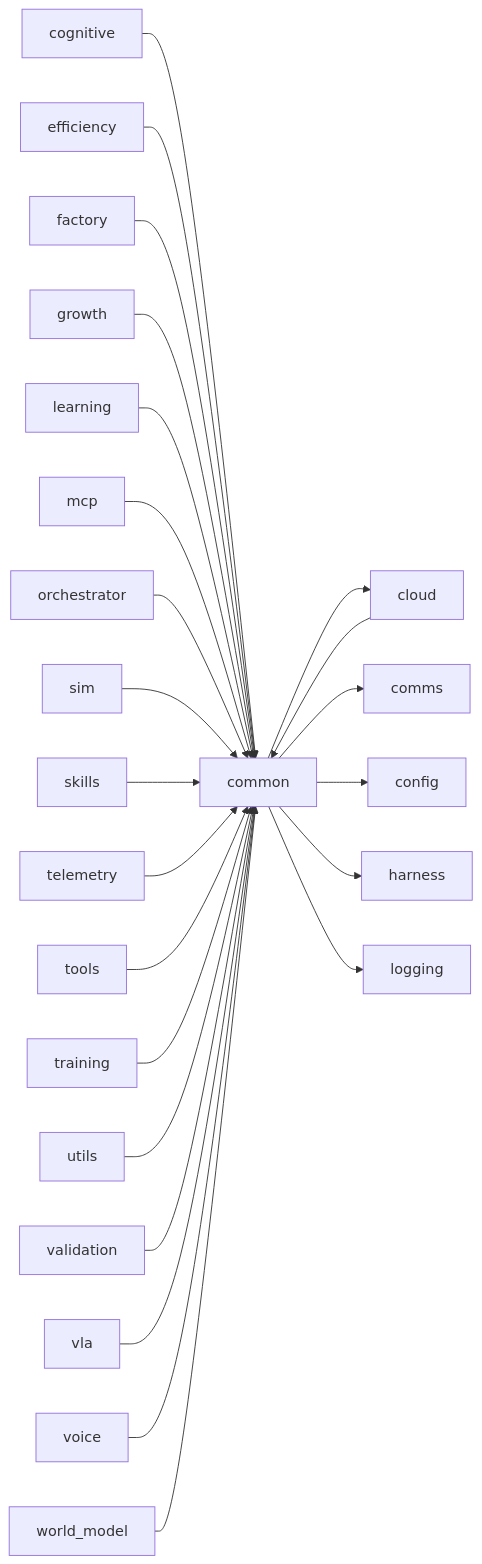
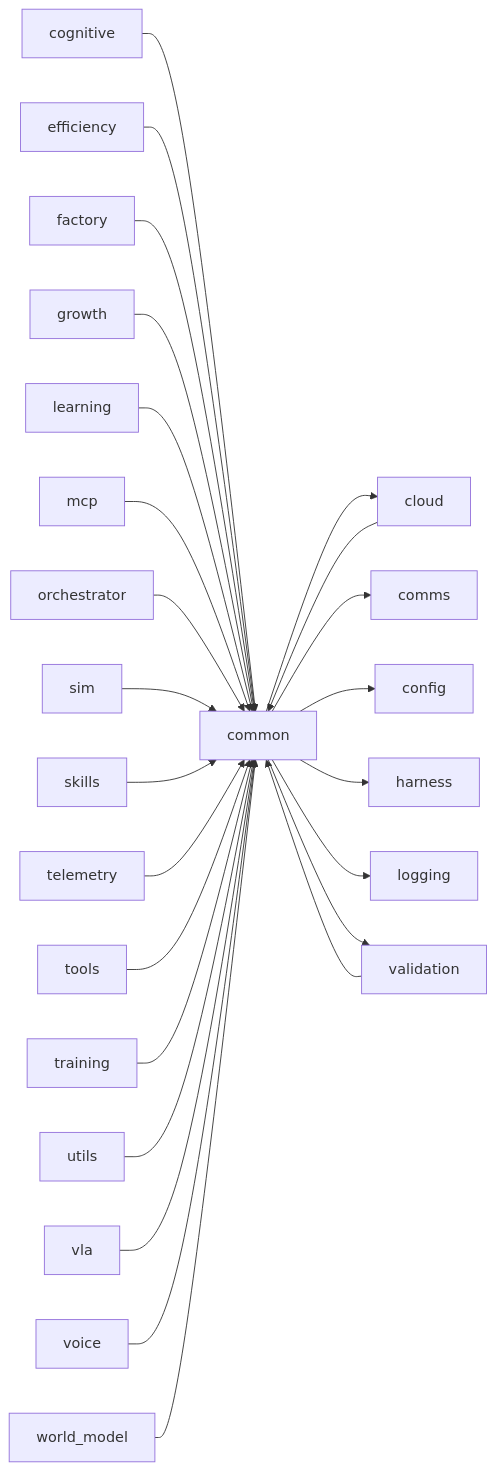
Before and after one commit to ianshank/Mouse-Droid-AGI: the fourth of 8 diagrams in docs/architecture/package-map/platform.md, drawn with Mermaid. The commit also changed other lines of this file and 8 other files, not shown here.

````diff
--- a/docs/architecture/package-map/platform.md
+++ b/docs/architecture/package-map/platform.md
@@ -163,27 +163,28 @@
 ```mermaid
 graph LR
   common[common]
   common --> cloud
   common --> comms
   common --> config
   common --> harness
   common --> logging
+  common --> validation
   cloud --> common
   cognitive --> common
   efficiency --> common
   factory --> common
   growth --> common
   learning --> common
   mcp --> common
   orchestrator --> common
   sim --> common
   skills --> common
   telemetry --> common
   tools --> common
   training --> common
   utils --> common
   validation --> common
   vla --> common
   voice --> common
   world_model --> common
 ```
````
